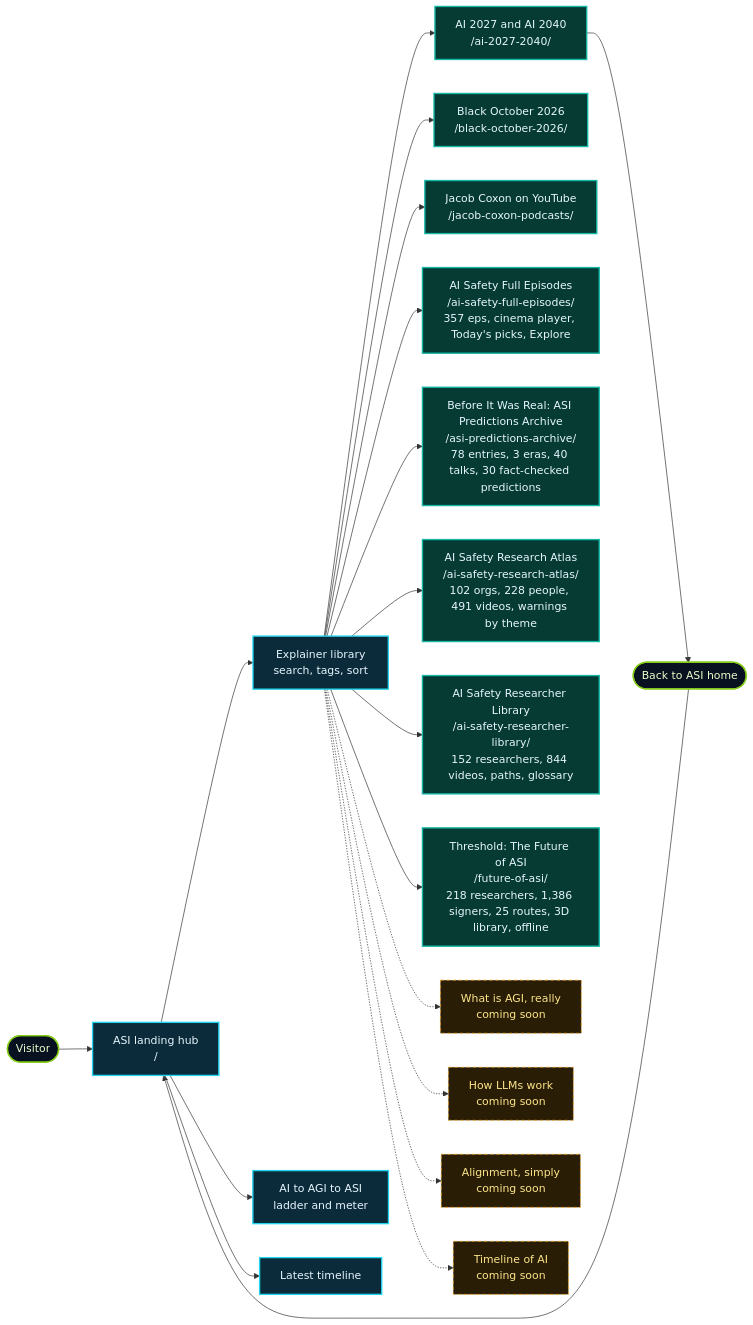
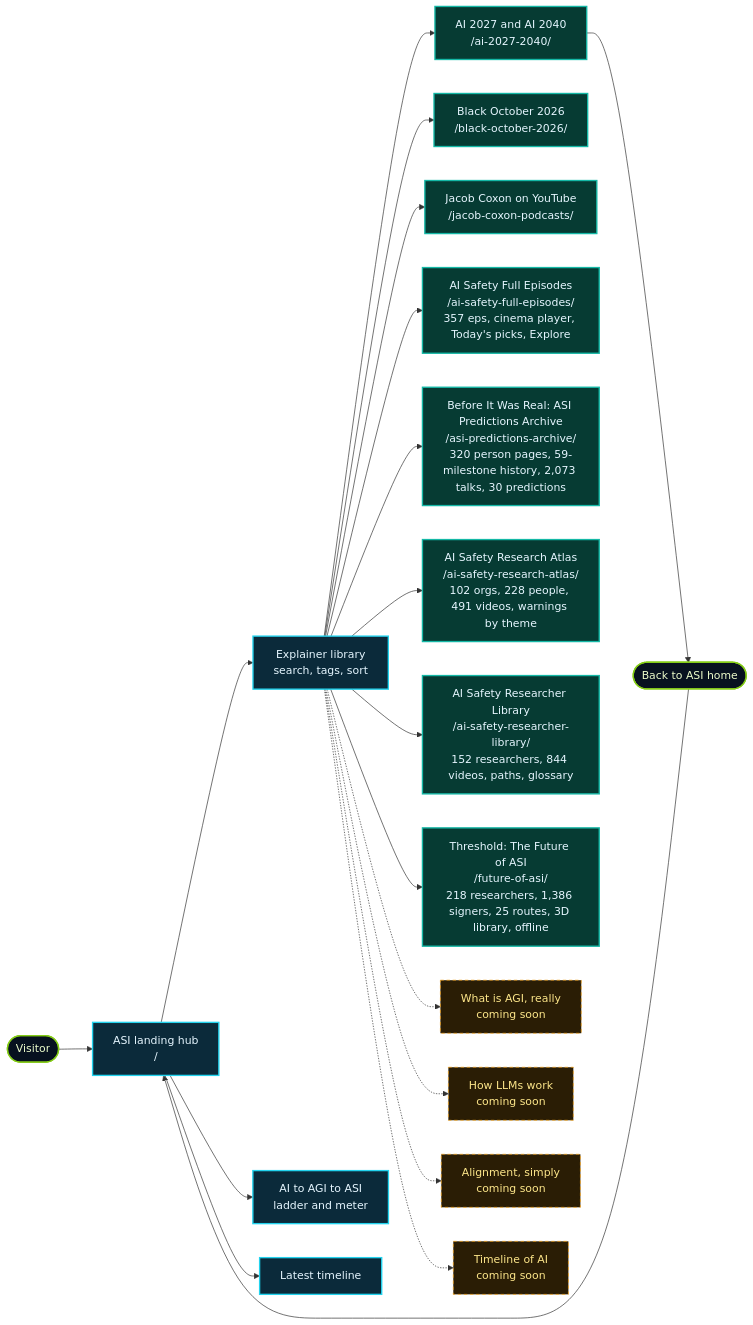
The first of 16 diagrams in README.md (lo3elyon/ASI), drawn with Mermaid before and after one commit. The commit also changed other lines of this file and 19 other files, not shown here.

Commit message:
asi-predictions-archive v2: history, 320 person pages, cinema player (click-to-play), 2,073 talks, palette, new design + README updates

````diff
--- a/README.md
+++ b/README.md
@@ -76,29 +76,29 @@
 ```mermaid
 flowchart LR
     V(["Visitor"]) --> H["ASI landing hub<br/>/"]
     H --> L["Explainer library<br/>search, tags, sort"]
     H --> G["AI to AGI to ASI<br/>ladder and meter"]
     H --> T["Latest timeline"]
     L --> E1["AI 2027 and AI 2040<br/>/ai-2027-2040/"]
     L --> E6["Black October 2026<br/>/black-october-2026/"]
     L --> E7["Jacob Coxon on YouTube<br/>/jacob-coxon-podcasts/"]
     L --> E8["AI Safety Full Episodes<br/>/ai-safety-full-episodes/<br/>357 eps, cinema player, Today's picks, Explore"]
-    L --> E12["Before It Was Real: ASI Predictions Archive<br/>/asi-predictions-archive/<br/>78 entries, 3 eras, 40 talks, 30 fact-checked predictions"]
+    L --> E12["Before It Was Real: ASI Predictions Archive<br/>/asi-predictions-archive/<br/>320 person pages, 59-milestone history, 2,073 talks, 30 predictions"]
     L --> E11["AI Safety Research Atlas<br/>/ai-safety-research-atlas/<br/>102 orgs, 228 people, 491 videos, warnings by theme"]
     L --> E10["AI Safety Researcher Library<br/>/ai-safety-researcher-library/<br/>152 researchers, 844 videos, paths, glossary"]
     L --> E9["Threshold: The Future of ASI<br/>/future-of-asi/<br/>218 researchers, 1,386 signers, 25 routes, 3D library, offline"]
     L -.-> E2["What is AGI, really<br/>coming soon"]
     L -.-> E3["How LLMs work<br/>coming soon"]
     L -.-> E4["Alignment, simply<br/>coming soon"]
     L -.-> E5["Timeline of AI<br/>coming soon"]
     E1 --> B(["Back to ASI home"])
     B --> H
     classDef hub fill:#0b2a3a,stroke:#22d3ee,stroke-width:2px,color:#e6f6ff
     classDef live fill:#063b33,stroke:#14b8a6,stroke-width:2px,color:#e6f6ff
     classDef soon fill:#2a1d05,stroke:#f59e0b,stroke-dasharray:5 4,color:#fde68a
     classDef user fill:#07111f,stroke:#84cc16,stroke-width:2px,color:#ecfccb
     class H,L,G,T hub
     class E1,E6,E7,E8,E9,E10,E11,E12 live
     class E2,E3,E4,E5 soon
     class V,B user
 ```
````
